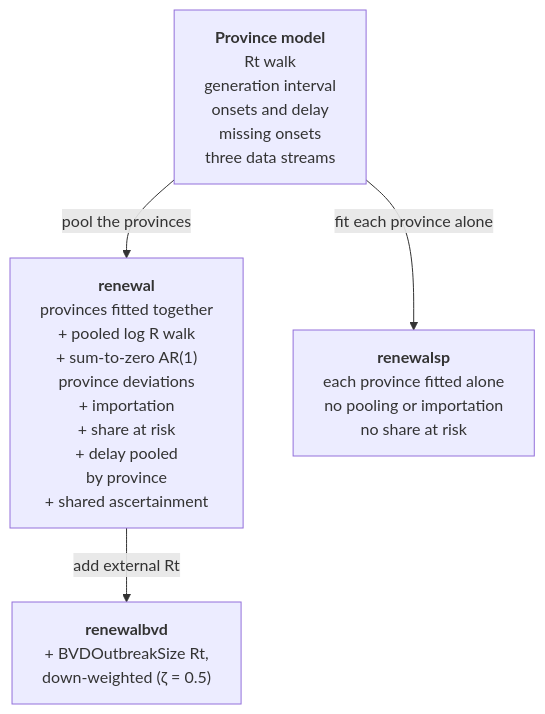
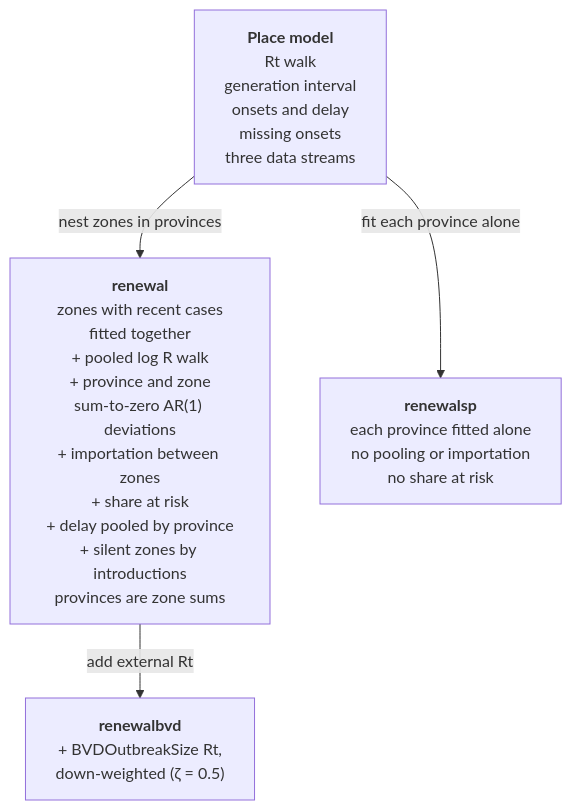
One commit to seabbs/BDBVHubRenewal changed the first of 4 diagrams in docs/methods/model.md. Above: the diagram before and after it, drawn with Mermaid. The commit also changed other lines of this file, not shown here.

Commit message:
docs: describe the zone renewal model

````diff
--- a/docs/methods/model.md
+++ b/docs/methods/model.md
@@ -19,11 +19,11 @@
 ```mermaid
 flowchart TD
-    PM["<b>Province model</b><br/>Rt walk<br/>generation interval<br/>onsets and delay<br/>missing onsets<br/>three data streams"]
-    RN["<b>renewal</b><br/>provinces fitted together<br/>+ pooled log R walk<br/>+ sum-to-zero AR(1)<br/>province deviations<br/>+ importation<br/>+ share at risk<br/>+ delay pooled<br/>by province<br/>+ shared ascertainment"]
+    PM["<b>Place model</b><br/>Rt walk<br/>generation interval<br/>onsets and delay<br/>missing onsets<br/>three data streams"]
+    RN["<b>renewal</b><br/>zones with recent cases<br/>fitted together<br/>+ pooled log R walk<br/>+ province and zone<br/>sum-to-zero AR(1) deviations<br/>+ importation between zones<br/>+ share at risk<br/>+ delay pooled by province<br/>+ silent zones by introductions<br/>provinces are zone sums"]
     BV["<b>renewalbvd</b><br/>+ BVDOutbreakSize Rt,<br/>down-weighted (ζ = 0.5)"]
     SP["<b>renewalsp</b><br/>each province fitted alone<br/>no pooling or importation<br/>no share at risk"]
 
-    PM -- "pool the provinces" --> RN
+    PM -- "nest zones in provinces" --> RN
     RN -- "add external Rt" --> BV
     PM -- "fit each province alone" --> SP
 ```
````
